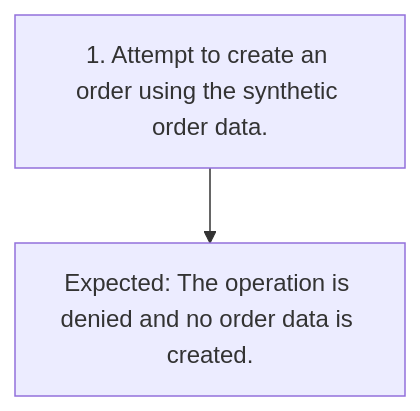
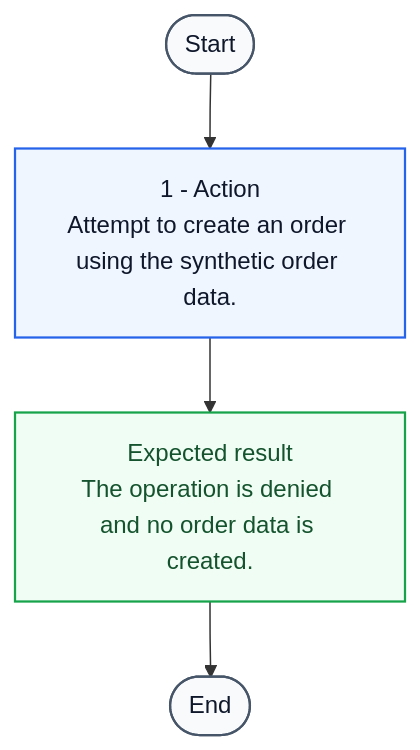
The diagram in examples/expected-output/test-cases-md/TC-008.md (Soturine/functional-test-designer), drawn with Mermaid before and after one commit. The commit also changed 17 other files, not shown here.

Commit message:
feat: improve offline mermaid test flows

````diff
--- a/examples/expected-output/test-cases-md/TC-008.md
+++ b/examples/expected-output/test-cases-md/TC-008.md
@@ -37,6 +37,18 @@
 ```mermaid
 flowchart TD
-    A1["1. Attempt to create an order using the synthetic order data."]
-    E1["Expected: The operation is denied and no order data is created."]
-    A1 --> E1
+    S([Start])
+    A1["1 - Action<br/>Attempt to create an order using the synthetic order data."]
+    R1["Expected result<br/>The operation is denied and no order data is created."]
+    F([End])
+
+    S --> A1 --> R1 --> F
+
+    classDef startEnd fill:#f8fafc,stroke:#475569,stroke-width:1.5px,color:#0f172a;
+    classDef action fill:#eff6ff,stroke:#2563eb,stroke-width:1.5px,color:#0f172a;
+    classDef expected fill:#f0fdf4,stroke:#16a34a,stroke-width:1.5px,color:#14532d;
+    classDef clarification fill:#fff7ed,stroke:#ea580c,stroke-width:1.5px,color:#7c2d12,stroke-dasharray:4 3;
+
+    class S,F startEnd;
+    class A1 action;
+    class R1 expected;
 ```
````
